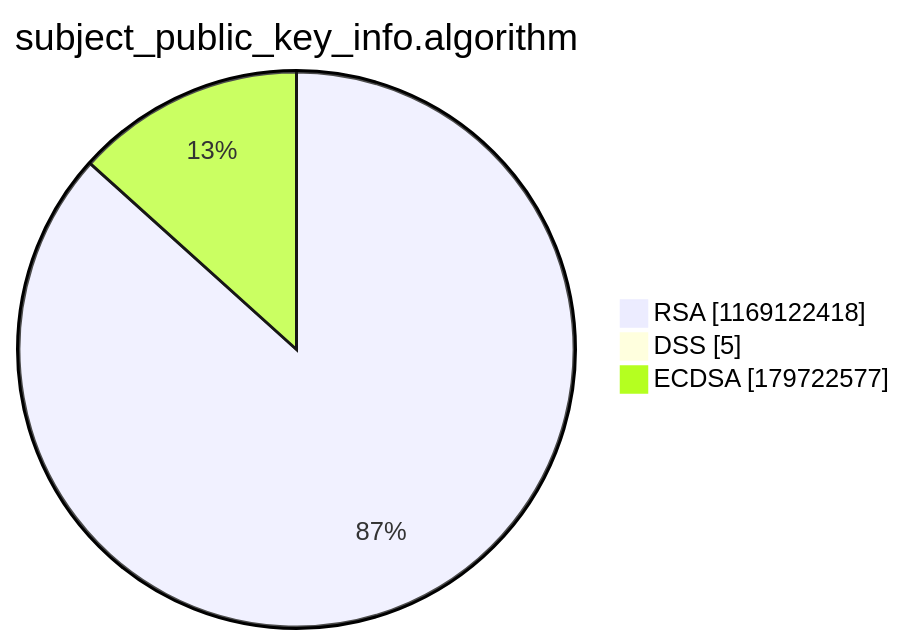
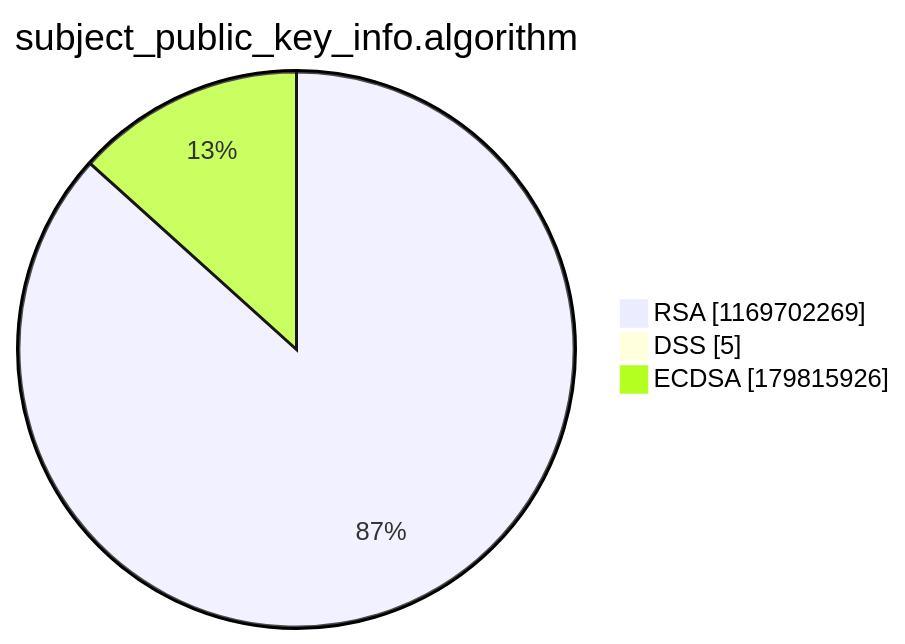
One commit to christiankrug/ctmonitor_visualization changed the third of 15 diagrams in argon2022/README.md. Above: the diagram before and after it, drawn with Mermaid. The commit also changed other lines of this file, not shown here.

````diff
--- a/argon2022/README.md
+++ b/argon2022/README.md
@@ -14,7 +14,7 @@
 ```mermaid
 pie showData
 title subject_public_key_info.algorithm
-"RSA" :1169122418
+"RSA" :1169702269
 "DSS" :5
-"ECDSA" :179722577
+"ECDSA" :179815926
 ```
````
